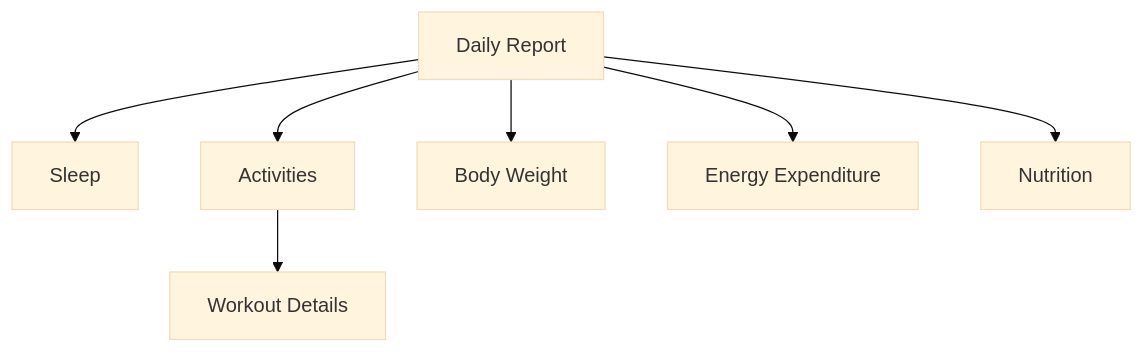
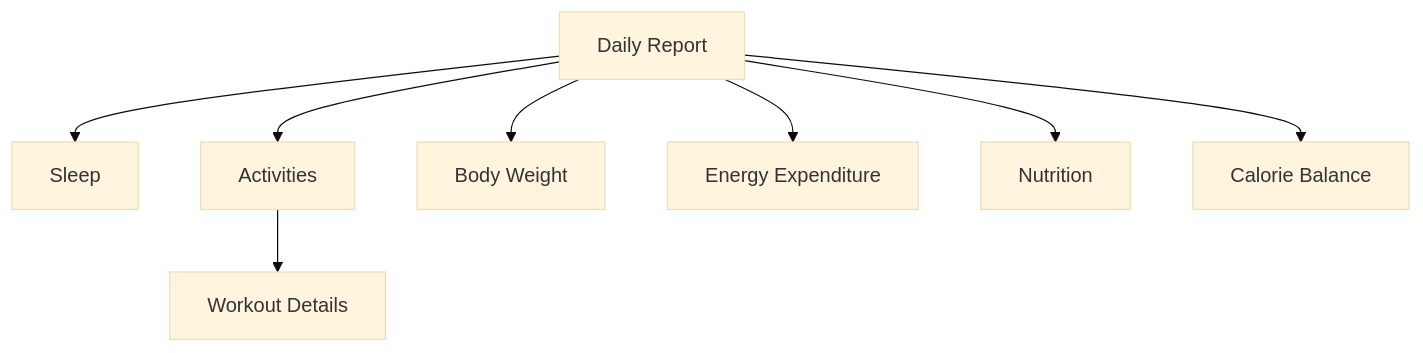
Before and after one commit to MateuszMocarski/AppleHealthMonitorAnalyzer: the fourth of 4 diagrams in README.md, drawn with Mermaid (base theme). The commit also changed other lines of this file, not shown here.

````diff
--- a/README.md
+++ b/README.md
@@ -317,20 +381,22 @@
 ```mermaid
 flowchart TD
 
-    A["Daily Report"]
-    B["Sleep"]
-    C["Activities"]
-    D["Body Weight"]
-    E["Energy Expenditure"] 
-    F["Nutrition"]
+    A["Daily Report"]
+    B["Sleep"]
+    C["Activities"]
+    D["Body Weight"]
+    E["Energy Expenditure"] 
+    F["Nutrition"]
+    G["Calorie Balance"]
 
-    CC["Workout Details"]
+    CC["Workout Details"]
 
-    A --> B
-    A --> C
-    A --> D
-    A --> E
-    A --> F
-    C --> CC
+    A --> B
+    A --> C
+    C --> CC
+    A --> D
+    A --> E
+    A --> F
+    A --> G
 
 ```
````
